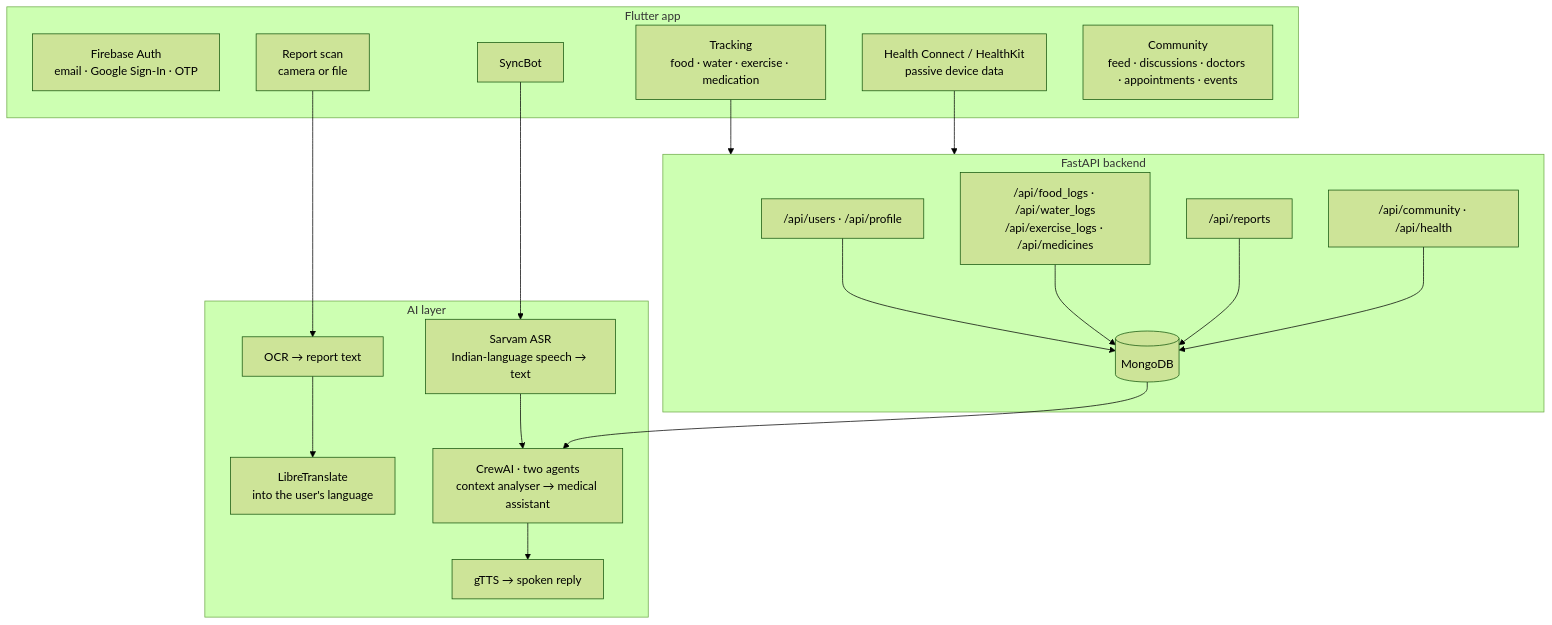
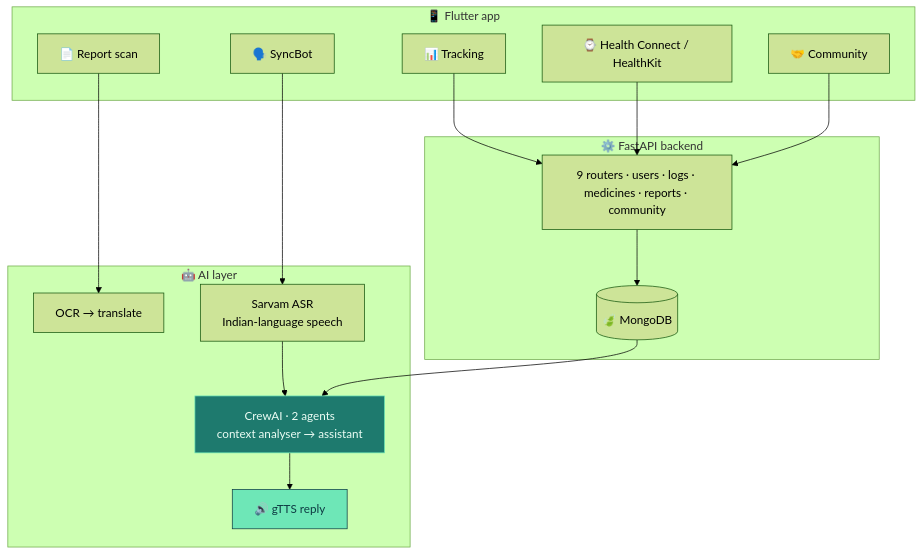
One commit to Vishal-AS-0407/portfolio changed the diagram in gh-readmes/Nurture-Sync/README.md. Above: the diagram before and after it, drawn with Mermaid (forest theme). The commit also changed other lines of this file and 62 other files, not shown here.

````diff
--- a/gh-readmes/Nurture-Sync/README.md
+++ b/gh-readmes/Nurture-Sync/README.md
@@ -49,33 +103,29 @@
 ```mermaid
-flowchart TB
-    subgraph APP["Flutter app"]
-        AUTH["Firebase Auth<br/>email · Google Sign-In · OTP"]
-        TRACK["Tracking<br/>food · water · exercise · medication"]
-        HEALTH["Health Connect / HealthKit<br/>passive device data"]
-        REPORT["Report scan<br/>camera or file"]
-        BOT["SyncBot"]
-        COMM["Community<br/>feed · discussions · doctors · appointments · events"]
+flowchart TD
+    subgraph APP["📱 Flutter app"]
+        TRACK["📊 Tracking"]
+        HEALTH["⌚ Health Connect / HealthKit"]
+        REPORT["📄 Report scan"]
+        BOT["🗣️ SyncBot"]
+        COMM["🤝 Community"]
     end
-
-    subgraph BACK["FastAPI backend"]
-        R1["/api/users · /api/profile"]
-        R2["/api/food_logs · /api/water_logs<br/>/api/exercise_logs · /api/medicines"]
-        R3["/api/reports"]
-        R4["/api/community · /api/health"]
-        DB[("MongoDB")]
-        R1 & R2 & R3 & R4 --> DB
+    subgraph BACK["⚙️ FastAPI backend"]
+        API["9 routers · users · logs · medicines · reports · community"]
+        DB[("🍃 MongoDB")]
+        API --> DB
     end
-
-    subgraph AI["AI layer"]
-        OCR["OCR → report text"]
-        TR["LibreTranslate<br/>into the user's language"]
-        ASR["Sarvam ASR<br/>Indian-language speech → text"]
-        CREW["CrewAI · two agents<br/>context analyser → medical assistant"]
-        TTS["gTTS → spoken reply"]
+    subgraph AI["🤖 AI layer"]
+        OCR["OCR → translate"]
+        ASR["Sarvam ASR<br/>Indian-language speech"]
+        CREW["CrewAI · 2 agents<br/>context analyser → assistant"]
+        TTS["🔊 gTTS reply"]
     end
-
-    REPORT --> OCR --> TR
+    TRACK --> API
+    HEALTH --> API
+    COMM --> API
+    REPORT --> OCR
     BOT --> ASR --> CREW --> TTS
     DB --> CREW
-    TRACK & HEALTH --> BACK
+    style CREW fill:#1E7A6E,stroke:#6EE7B7,color:#ECFDF5
+    style TTS fill:#6EE7B7,stroke:#0E3B43,color:#0E3B43
 ```
````
